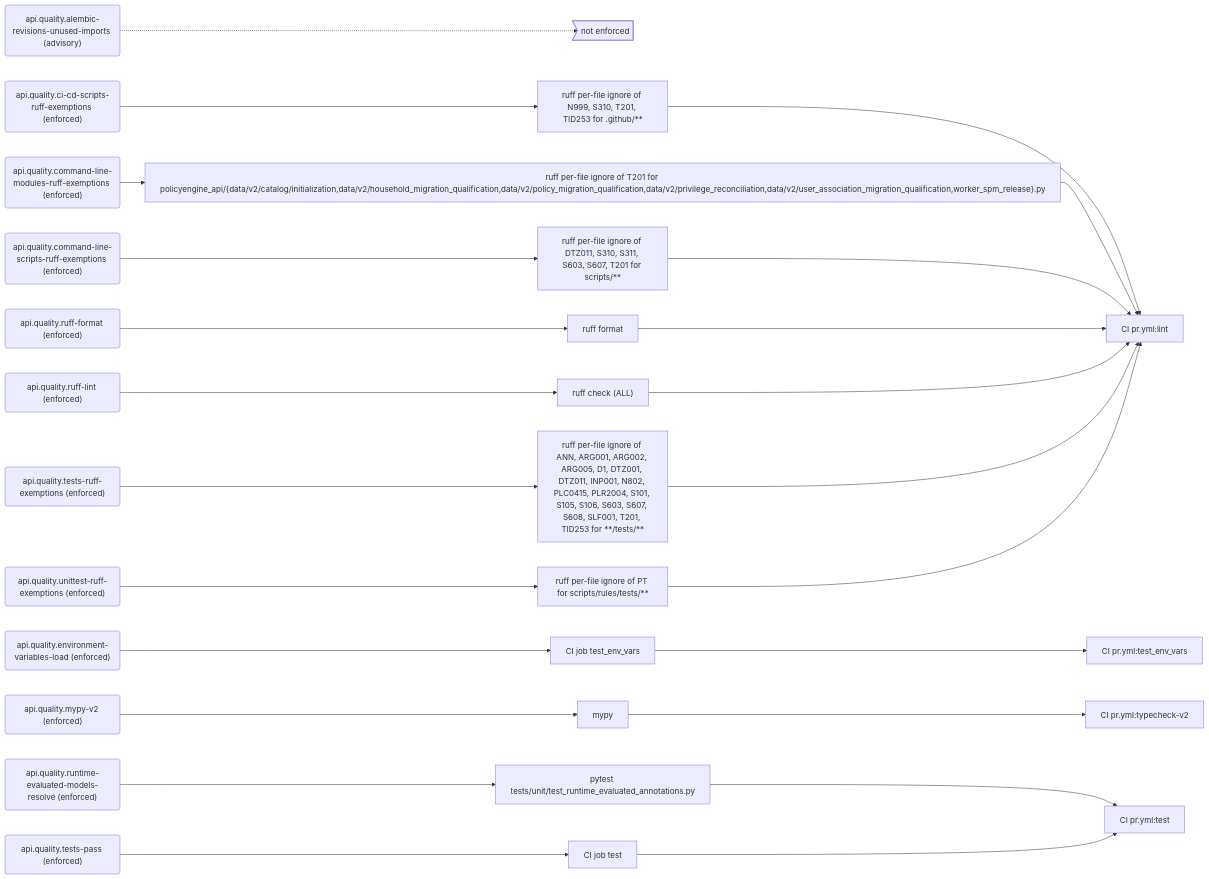
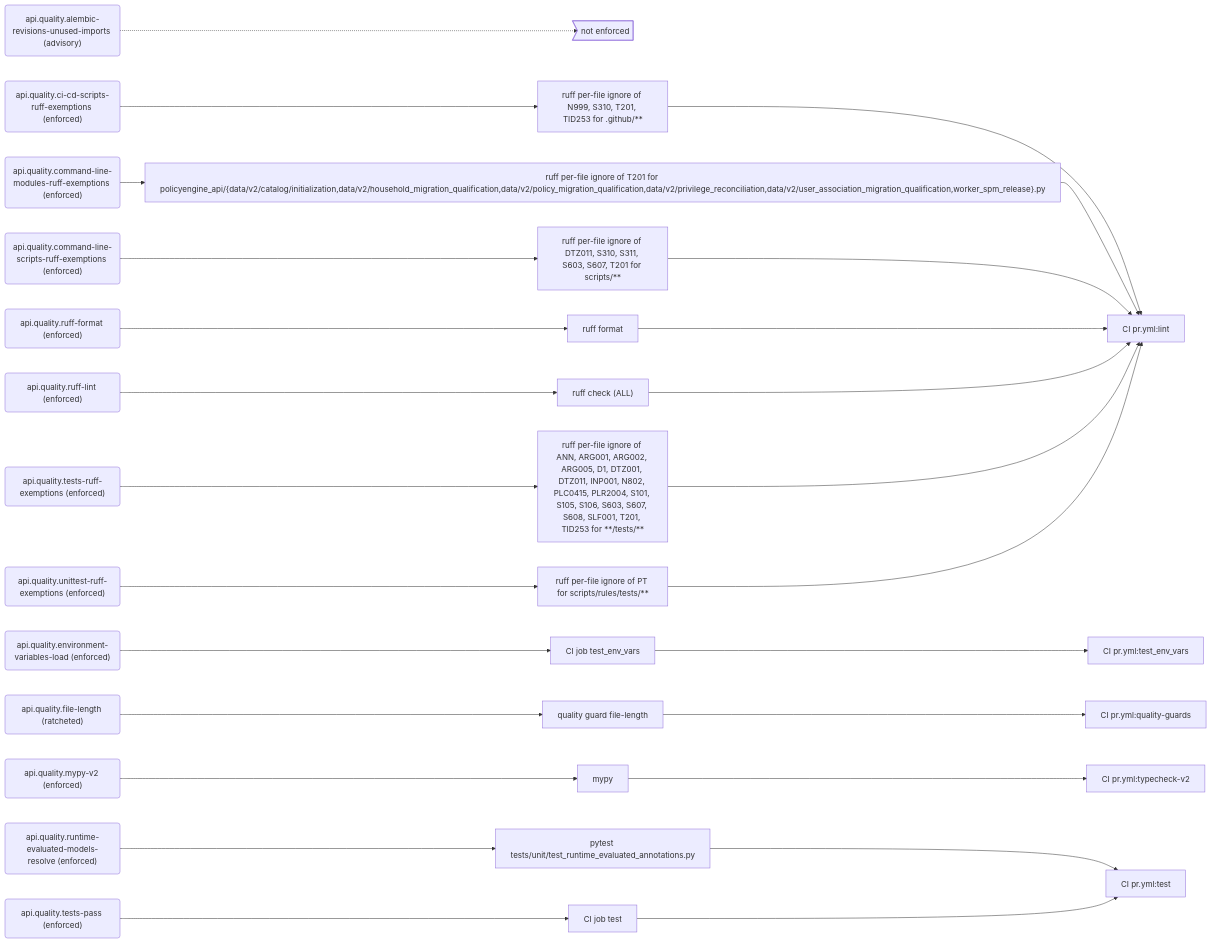
One commit to PolicyEngine/policyengine-api changed the seventh of 11 diagrams in docs/generated/rules.md. Above: the diagram before and after it, drawn with Mermaid. The commit also changed other lines of this file and 11 other files, not shown here.

````diff
--- a/docs/generated/rules.md
+++ b/docs/generated/rules.md
@@ -343,54 +345,59 @@
 ```mermaid
 flowchart LR
   r_api_quality_alembic_revisions_unused_imports("api.quality.alembic-revisions-unused-imports (advisory)")
   gap_unenforced>"not enforced"]
   r_api_quality_ci_cd_scripts_ruff_exemptions("api.quality.ci-cd-scripts-ruff-exemptions (enforced)")
   e_ruff_per_file_ignore_of_N999__S310__T201__TID253_for__github___["ruff per-file ignore of N999, S310, T201, TID253 for .github/**"]
   j_CI_pr_yml_lint["CI pr.yml:lint"]
   r_api_quality_command_line_modules_ruff_exemptions("api.quality.command-line-modules-ruff-exemptions (enforced)")
   e_ruff_per_file_ignore_of_T201_for_policyengine_api__data_v2_catalog_initialization_data_v2_household_migration_qualification_data_v2_policy_migration_qualification_data_v2_privilege_reconciliation_data_v2_user_association_migration_qualification_worker_spm_release__py["ruff per-file ignore of T201 for policyengine_api/{data/v2/catalog/initialization,data/v2/household_migration_qualification,data/v2/policy_migration_qualification,data/v2/privilege_reconciliation,data/v2/user_association_migration_qualification,worker_spm_release}.py"]
   r_api_quality_command_line_scripts_ruff_exemptions("api.quality.command-line-scripts-ruff-exemptions (enforced)")
   e_ruff_per_file_ignore_of_DTZ011__S310__S311__S603__S607__T201_for_scripts___["ruff per-file ignore of DTZ011, S310, S311, S603, S607, T201 for scripts/**"]
   r_api_quality_environment_variables_load("api.quality.environment-variables-load (enforced)")
   e_CI_job_test_env_vars["CI job test_env_vars"]
   j_CI_pr_yml_test_env_vars["CI pr.yml:test_env_vars"]
+  r_api_quality_file_length("api.quality.file-length (ratcheted)")
+  e_quality_guard_file_length["quality guard file-length"]
+  j_CI_pr_yml_quality_guards["CI pr.yml:quality-guards"]
   r_api_quality_mypy_v2("api.quality.mypy-v2 (enforced)")
   e_mypy["mypy"]
   j_CI_pr_yml_typecheck_v2["CI pr.yml:typecheck-v2"]
   r_api_quality_ruff_format("api.quality.ruff-format (enforced)")
   e_ruff_format["ruff format"]
   r_api_quality_ruff_lint("api.quality.ruff-lint (enforced)")
   e_ruff_check__ALL_["ruff check (ALL)"]
   r_api_quality_runtime_evaluated_models_resolve("api.quality.runtime-evaluated-models-resolve (enforced)")
   e_pytest_tests_unit_test_runtime_evaluated_annotations_py["pytest tests/unit/test_runtime_evaluated_annotations.py"]
   j_CI_pr_yml_test["CI pr.yml:test"]
   r_api_quality_tests_pass("api.quality.tests-pass (enforced)")
   e_CI_job_test["CI job test"]
   r_api_quality_tests_ruff_exemptions("api.quality.tests-ruff-exemptions (enforced)")
   e_ruff_per_file_ignore_of_ANN__ARG001__ARG002__ARG005__D1__DTZ001__DTZ011__INP001__N802__PLC0415__PLR2004__S101__S105__S106__S603__S607__S608__SLF001__T201__TID253_for____tests___["ruff per-file ignore of ANN, ARG001, ARG002, ARG005, D1, DTZ001, DTZ011, INP001, N802, PLC0415, PLR2004, S101, S105, S106, S603, S607, S608, SLF001, T201, TID253 for **/tests/**"]
   r_api_quality_unittest_ruff_exemptions("api.quality.unittest-ruff-exemptions (enforced)")
   e_ruff_per_file_ignore_of_PT_for_scripts_rules_tests___["ruff per-file ignore of PT for scripts/rules/tests/**"]
   r_api_quality_alembic_revisions_unused_imports -.-> gap_unenforced
   r_api_quality_ci_cd_scripts_ruff_exemptions --> e_ruff_per_file_ignore_of_N999__S310__T201__TID253_for__github___
   e_ruff_per_file_ignore_of_N999__S310__T201__TID253_for__github___ --> j_CI_pr_yml_lint
   r_api_quality_command_line_modules_ruff_exemptions --> e_ruff_per_file_ignore_of_T201_for_policyengine_api__data_v2_catalog_initialization_data_v2_household_migration_qualification_data_v2_policy_migration_qualification_data_v2_privilege_reconciliation_data_v2_user_association_migration_qualification_worker_spm_release__py
   e_ruff_per_file_ignore_of_T201_for_policyengine_api__data_v2_catalog_initialization_data_v2_household_migration_qualification_data_v2_policy_migration_qualification_data_v2_privilege_reconciliation_data_v2_user_association_migration_qualification_worker_spm_release__py --> j_CI_pr_yml_lint
   r_api_quality_command_line_scripts_ruff_exemptions --> e_ruff_per_file_ignore_of_DTZ011__S310__S311__S603__S607__T201_for_scripts___
   e_ruff_per_file_ignore_of_DTZ011__S310__S311__S603__S607__T201_for_scripts___ --> j_CI_pr_yml_lint
   r_api_quality_environment_variables_load --> e_CI_job_test_env_vars
   e_CI_job_test_env_vars --> j_CI_pr_yml_test_env_vars
+  r_api_quality_file_length --> e_quality_guard_file_length
+  e_quality_guard_file_length --> j_CI_pr_yml_quality_guards
   r_api_quality_mypy_v2 --> e_mypy
   e_mypy --> j_CI_pr_yml_typecheck_v2
   r_api_quality_ruff_format --> e_ruff_format
   e_ruff_format --> j_CI_pr_yml_lint
   r_api_quality_ruff_lint --> e_ruff_check__ALL_
   e_ruff_check__ALL_ --> j_CI_pr_yml_lint
   r_api_quality_runtime_evaluated_models_resolve --> e_pytest_tests_unit_test_runtime_evaluated_annotations_py
   e_pytest_tests_unit_test_runtime_evaluated_annotations_py --> j_CI_pr_yml_test
   r_api_quality_tests_pass --> e_CI_job_test
   e_CI_job_test --> j_CI_pr_yml_test
   r_api_quality_tests_ruff_exemptions --> e_ruff_per_file_ignore_of_ANN__ARG001__ARG002__ARG005__D1__DTZ001__DTZ011__INP001__N802__PLC0415__PLR2004__S101__S105__S106__S603__S607__S608__SLF001__T201__TID253_for____tests___
   e_ruff_per_file_ignore_of_ANN__ARG001__ARG002__ARG005__D1__DTZ001__DTZ011__INP001__N802__PLC0415__PLR2004__S101__S105__S106__S603__S607__S608__SLF001__T201__TID253_for____tests___ --> j_CI_pr_yml_lint
   r_api_quality_unittest_ruff_exemptions --> e_ruff_per_file_ignore_of_PT_for_scripts_rules_tests___
   e_ruff_per_file_ignore_of_PT_for_scripts_rules_tests___ --> j_CI_pr_yml_lint
 ```
````
